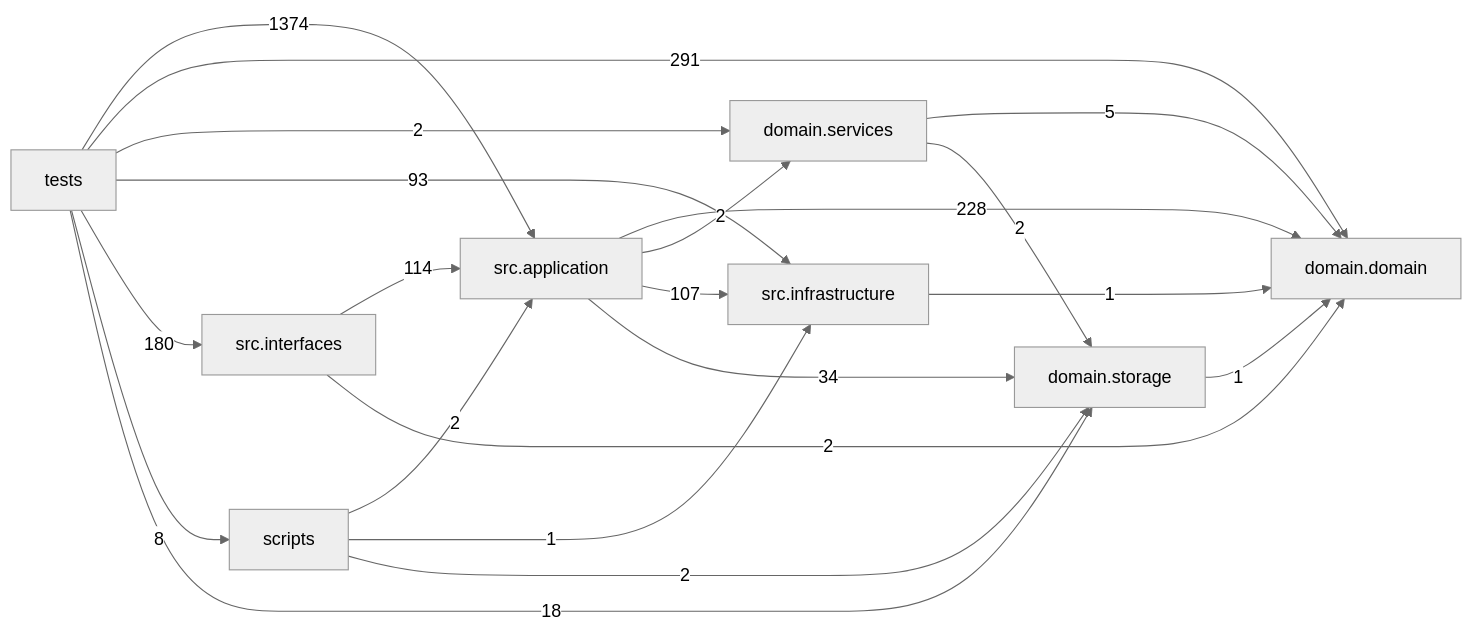
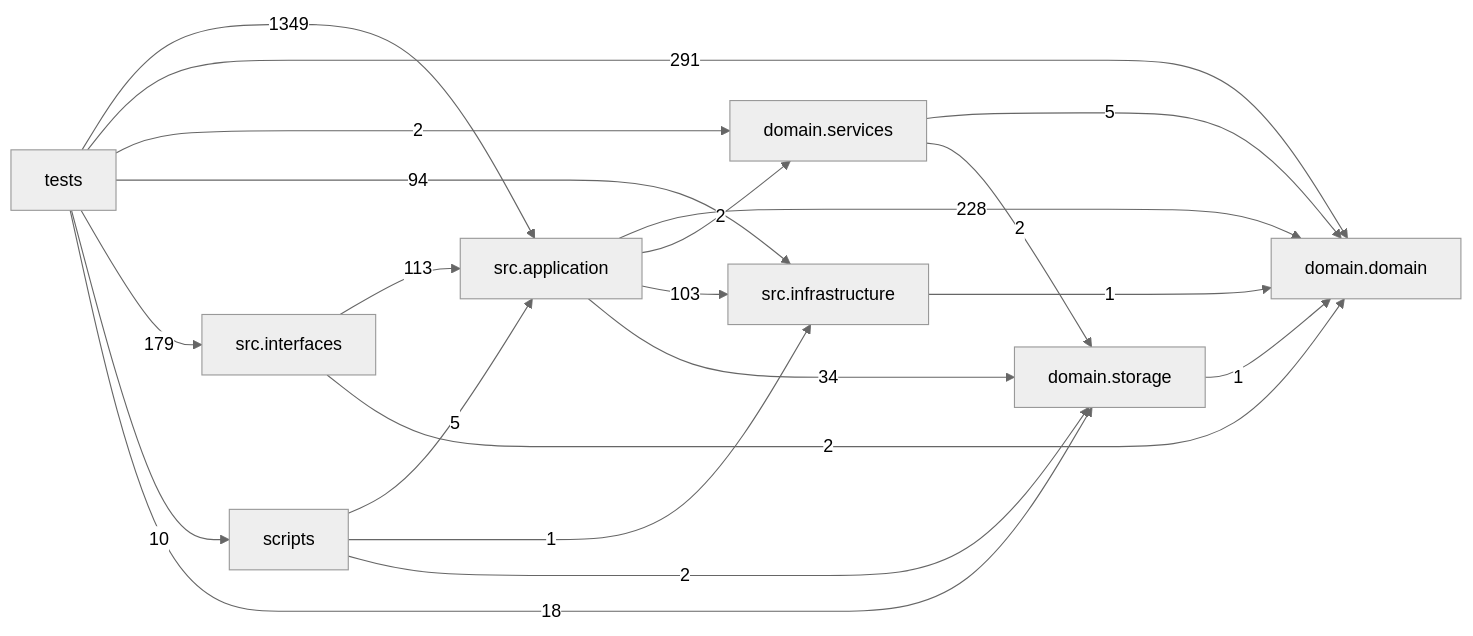
The diagram in docs/DEPENDENCY_GRAPH.md (liuxie066/options-monitor), drawn with Mermaid (neutral theme) before and after one commit. The commit also changed other lines of this file and 140 other files, not shown here.

````diff
--- a/docs/DEPENDENCY_GRAPH.md
+++ b/docs/DEPENDENCY_GRAPH.md
@@ -24,31 +24,31 @@
 ```mermaid
 flowchart LR
   tests["tests"]
   scripts["scripts"]
   interfaces["src.interfaces"]
   application["src.application"]
   infrastructure["src.infrastructure"]
   domain_services["domain.services"]
   domain["domain.domain"]
   storage["domain.storage"]
   application -->|228| domain
   application -->|2| domain_services
-  application -->|107| infrastructure
+  application -->|103| infrastructure
   application -->|34| storage
   domain_services -->|5| domain
   domain_services -->|2| storage
   infrastructure -->|1| domain
-  interfaces -->|114| application
+  interfaces -->|113| application
   interfaces -->|2| domain
-  scripts -->|2| application
+  scripts -->|5| application
   scripts -->|1| infrastructure
   scripts -->|2| storage
   storage -->|1| domain
-  tests -->|1374| application
+  tests -->|1349| application
   tests -->|291| domain
   tests -->|2| domain_services
-  tests -->|93| infrastructure
-  tests -->|180| interfaces
-  tests -->|8| scripts
+  tests -->|94| infrastructure
+  tests -->|179| interfaces
+  tests -->|10| scripts
   tests -->|18| storage
 ```
````
